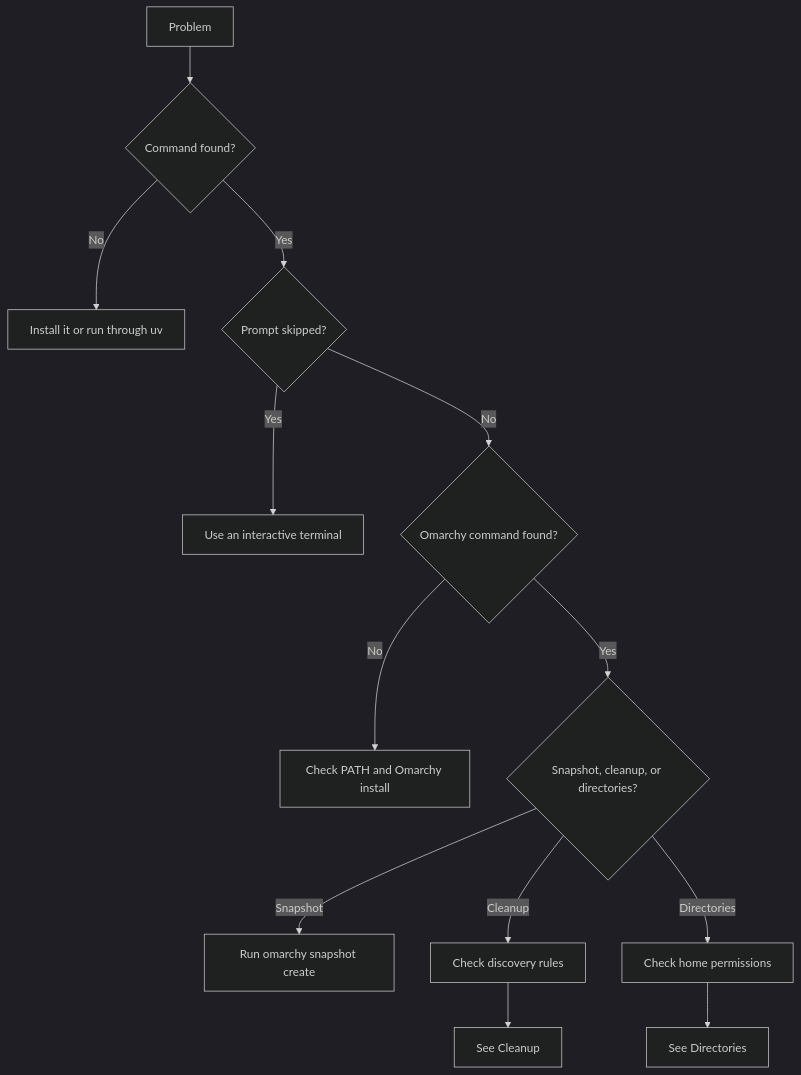
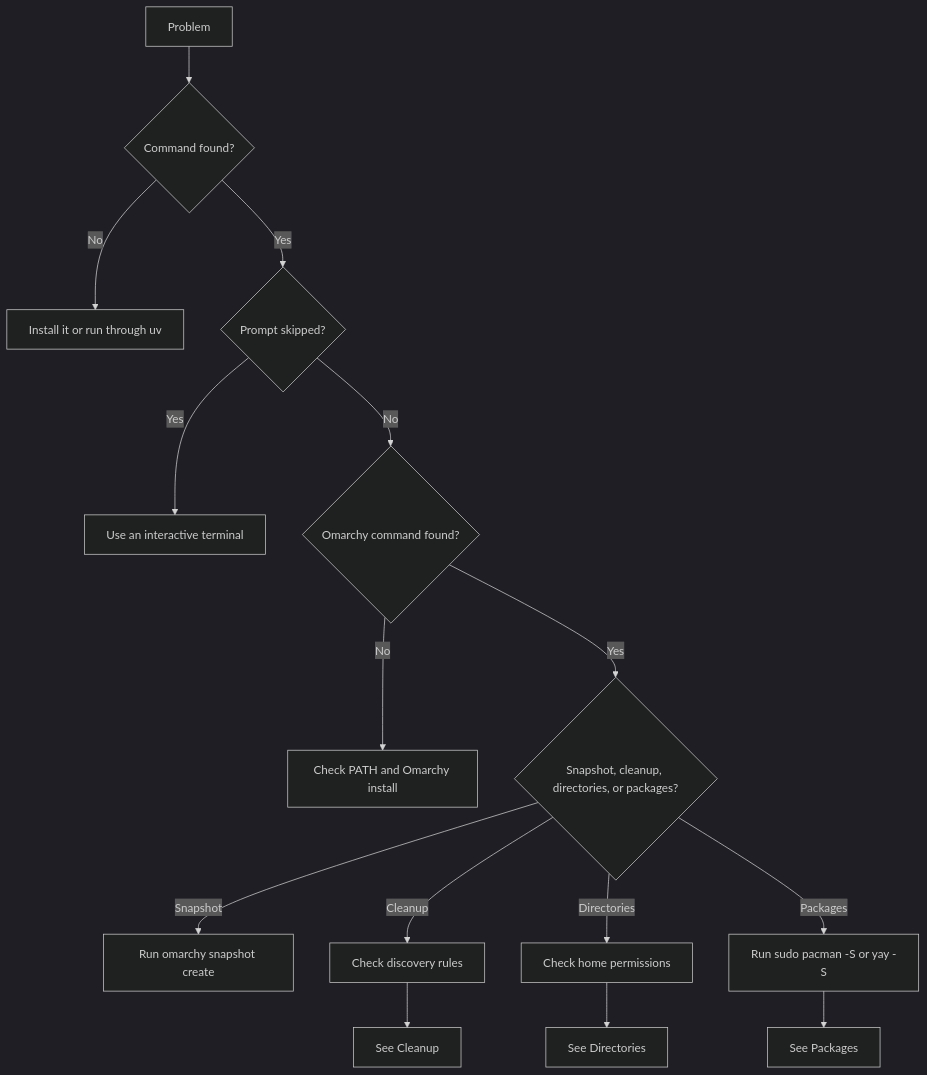
Before and after one commit to Armoghans-Organization/Omarchy-Tweaker: the first of 2 diagrams in docs/troubleshooting.md, drawn with Mermaid (dark theme). The commit also changed other lines of this file and 19 other files, not shown here.

Commit message:
feat(packages): Select and install Required AUR and Pacman Packages

````diff
--- a/docs/troubleshooting.md
+++ b/docs/troubleshooting.md
@@ -12,15 +12,17 @@
 ```mermaid
 flowchart TD
     A[Problem] --> B{Command found?}
     B -- No --> C[Install it or run through uv]
     B -- Yes --> D{Prompt skipped?}
     D -- Yes --> E[Use an interactive terminal]
     D -- No --> F{Omarchy command found?}
     F -- No --> G[Check PATH and Omarchy install]
-    F -- Yes --> H{Snapshot, cleanup, or directories?}
+    F -- Yes --> H{Snapshot, cleanup, directories, or packages?}
     H -- Snapshot --> I[Run omarchy snapshot create]
     H -- Cleanup --> J[Check discovery rules]
     J --> K[See Cleanup]
     H -- Directories --> L[Check home permissions]
     L --> M[See Directories]
+    H -- Packages --> N[Run sudo pacman -S or yay -S]
+    N --> O[See Packages]
 ```
````
